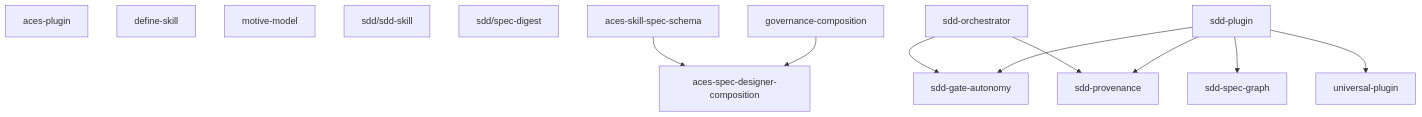
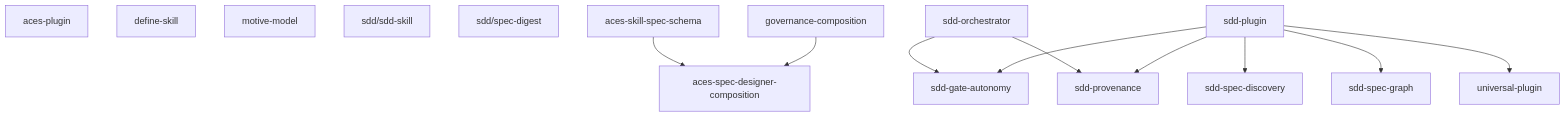
The diagram in artifacts/specs/graph.md (cyberuni/cyberplace), drawn with Mermaid before and after one commit. The commit also changed other lines of this file and 2 other files, not shown here.

Commit message:
docs(specs): backfill sdd-spec-discovery spec
Record the shape-based spec-discovery contract added to lifecycle-
governance and the sdd gateway: a spec is any git-tracked spec.md with a
lifecycle status, discovered via **/spec.md with no registry or fixed
root, resolved by folder slug. Includes a boolean .feature covering
discovery, domain resolution, and the no-enumeration invariant. Graph
regenerated to include the new node (its own discovery proves the rule).

````diff
--- a/artifacts/specs/graph.md
+++ b/artifacts/specs/graph.md
@@ -7,16 +7,17 @@
 ```mermaid
 graph TD
   aces-plugin
   define-skill
   motive-model
   sdd/sdd-skill
   sdd/spec-digest
   aces-skill-spec-schema --> aces-spec-designer-composition
   governance-composition --> aces-spec-designer-composition
   sdd-orchestrator --> sdd-gate-autonomy
   sdd-orchestrator --> sdd-provenance
   sdd-plugin --> sdd-gate-autonomy
   sdd-plugin --> sdd-provenance
+  sdd-plugin --> sdd-spec-discovery
   sdd-plugin --> sdd-spec-graph
   sdd-plugin --> universal-plugin
 ```
````
